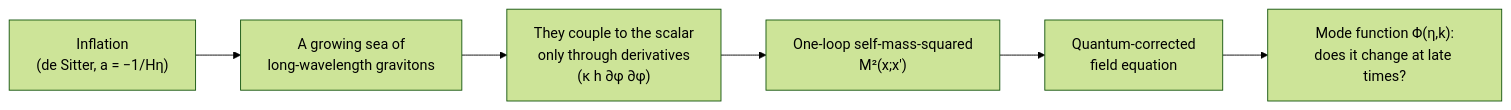
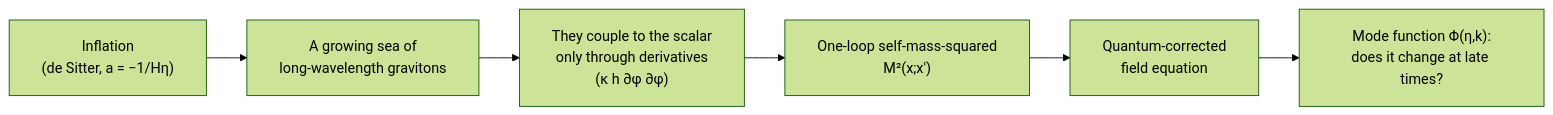
The first of 2 diagrams in README.md (eokahya/claude-audits-quantum-gravity), drawn with Mermaid (forest theme) before and after one commit. The commit also changed other lines of this file, not shown here.

Commit message:
README: fix clipped labels in the mermaid diagrams (SVG labels, shorter lines, more padding)

````diff
--- a/README.md
+++ b/README.md
@@ -48,8 +48,9 @@
 ```mermaid
+%%{init: {"flowchart": {"htmlLabels": false, "padding": 18, "nodeSpacing": 35, "rankSpacing": 45}}}%%
 flowchart LR
     A["Inflation<br/>(de Sitter, a = −1/Hη)"] --> B["A growing sea of<br/>long-wavelength gravitons"]
     B --> C["They couple to the scalar<br/>only through derivatives<br/>(κ h ∂φ ∂φ)"]
     C --> D["One-loop self-mass-squared<br/>M²(x;x′)"]
     D --> E["Quantum-corrected<br/>field equation"]
     E --> F["Mode function Φ(η,k):<br/>does it change at late times?"]
 ```
````
